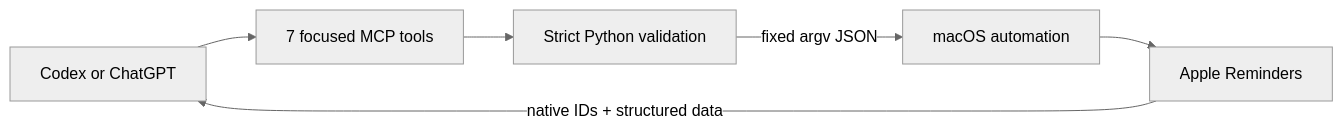
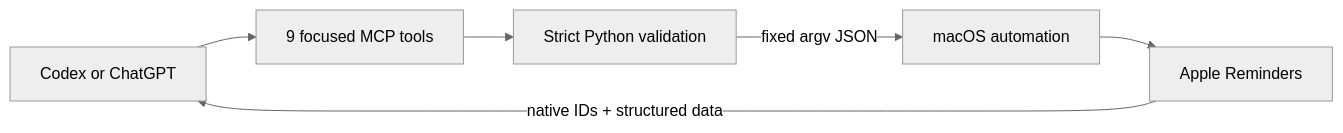
The diagram in README.md (henryvn27/apple-reminders-mcp), drawn with Mermaid (neutral theme) before and after one commit. The commit also changed other lines of this file and 6 other files, not shown here.

````diff
--- a/README.md
+++ b/README.md
@@ -73,8 +87,8 @@
 ```mermaid
 flowchart LR
-    A[Codex or ChatGPT] --> B[7 focused MCP tools]
+    A[Codex or ChatGPT] --> B[9 focused MCP tools]
     B --> C[Strict Python validation]
     C -->|fixed argv JSON| D[macOS automation]
     D --> E[Apple Reminders]
     E -->|native IDs + structured data| A
 ```
````
